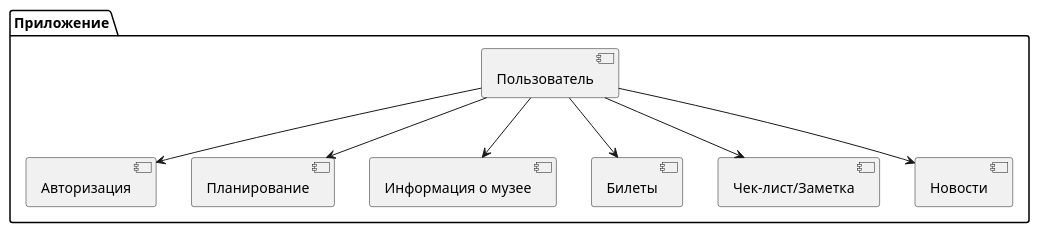
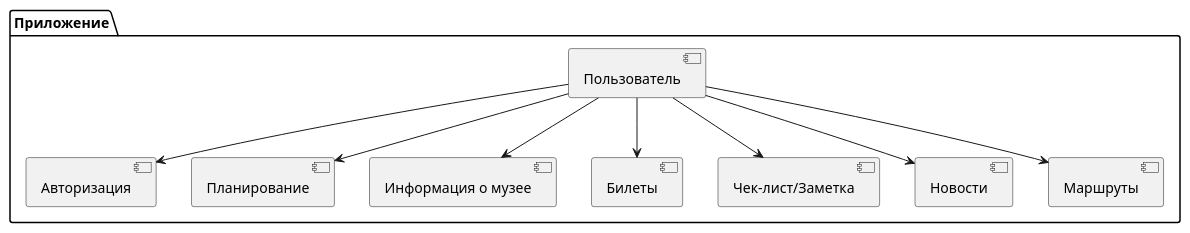
Before and after one commit to SynaxIntelligence/sal: the first of 3 diagrams in topics/general.md, drawn with PlantUML. The commit also changed other lines of this file and 114 other files, not shown here.

Commit message:
- updated roadmap; added links to FR; c4 arch; added routes to FR, API, ER, uml; updated non-funcs; update proto

````diff
--- a/topics/general.md
+++ b/topics/general.md
@@ -29,22 +31,24 @@
 ```plantuml
 @startuml
 
 package "Приложение" {
 [Пользователь]
 [Авторизация]
 [Планирование]
 [Информация о музее]
 [Билеты]
 [Чек-лист/Заметка]
 [Новости]
+[Маршруты]
 }
 
 [Пользователь] --> [Авторизация]
 [Пользователь] --> [Планирование]
 [Пользователь] --> [Информация о музее]
 [Пользователь] --> [Билеты]
 [Пользователь] --> [Чек-лист/Заметка]
 [Пользователь] --> [Новости]
+[Пользователь] --> [Маршруты]
 
 @enduml
 ```
````
